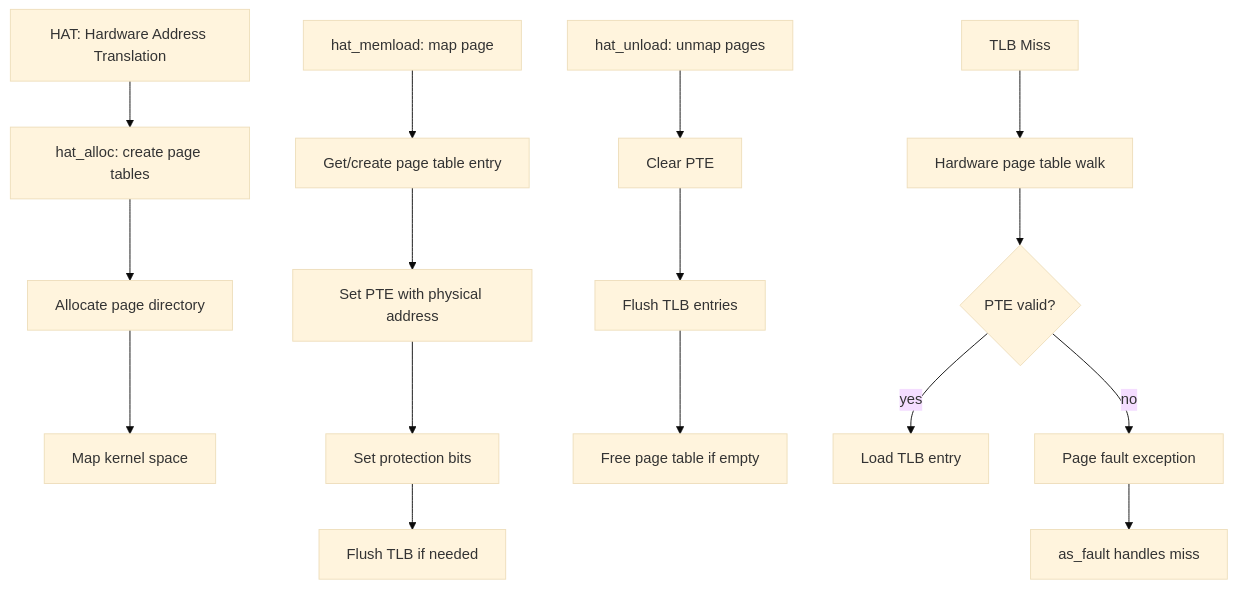
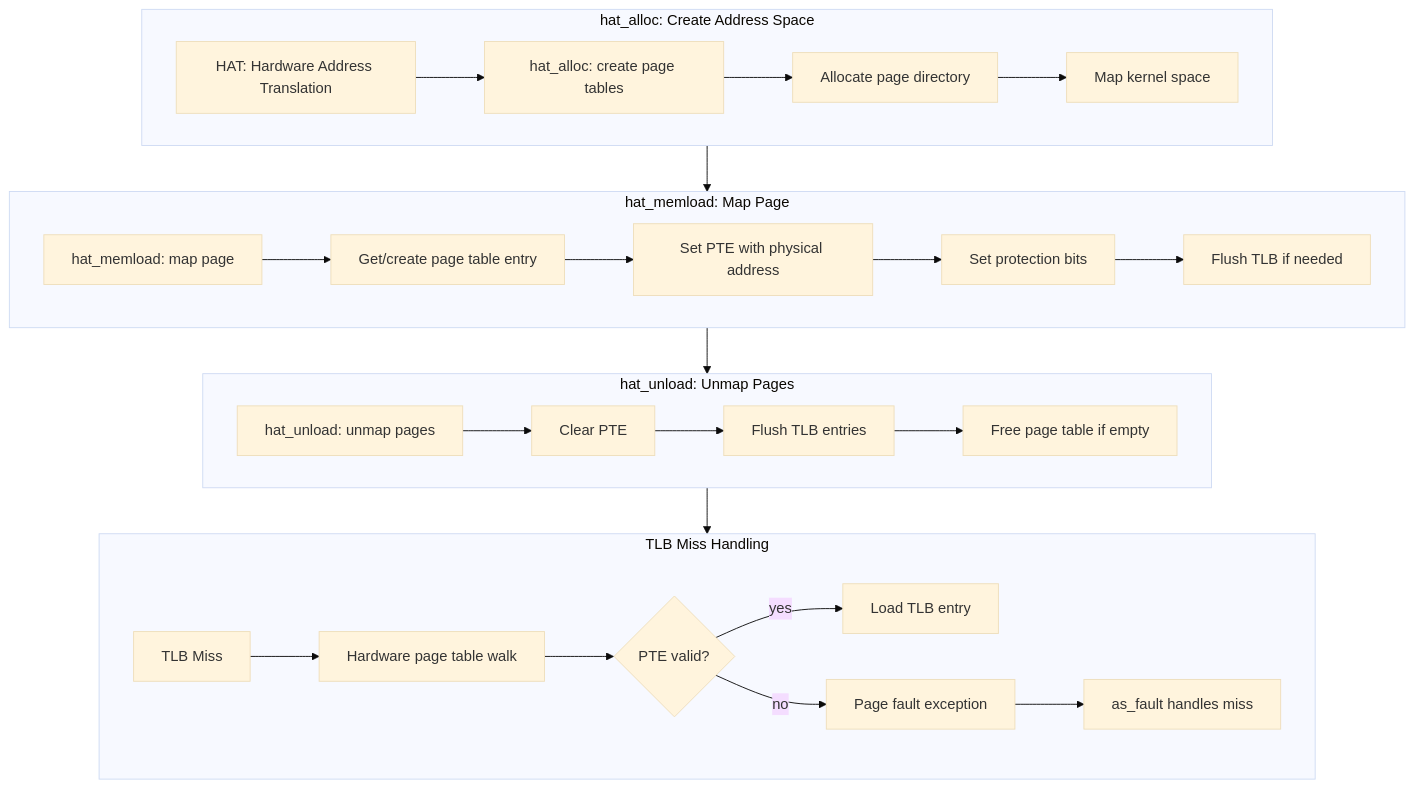
One commit to macsplit/unix_doc changed the diagram in diagrams/2.2-hat-layer.mmd. Above: the diagram before and after it, drawn with Mermaid (base theme). The commit also changed 59 other files, not shown here.

Commit message:
adjusted diagrams sizes and split some diagrams into multiple

```diff
--- a/diagrams/2.2-hat-layer.mmd
+++ b/diagrams/2.2-hat-layer.mmd
@@ -1,19 +1,29 @@
 graph TD
-    A[HAT: Hardware Address Translation] --> B[hat_alloc: create page tables]
-    B --> C[Allocate page directory]
-    C --> D[Map kernel space]
+    subgraph ALLOC["hat_alloc: Create Address Space"]
+        A[HAT: Hardware Address Translation] --> B[hat_alloc: create page tables]
+        B --> C[Allocate page directory]
+        C --> D[Map kernel space]
+    end
 
-    E[hat_memload: map page] --> F[Get/create page table entry]
-    F --> G[Set PTE with physical address]
-    G --> H[Set protection bits]
-    H --> I[Flush TLB if needed]
+    subgraph LOAD["hat_memload: Map Page"]
+        E[hat_memload: map page] --> F[Get/create page table entry]
+        F --> G[Set PTE with physical address]
+        G --> H[Set protection bits]
+        H --> I[Flush TLB if needed]
+    end
 
-    J[hat_unload: unmap pages] --> K[Clear PTE]
-    K --> L[Flush TLB entries]
-    L --> M[Free page table if empty]
+    subgraph UNLOAD["hat_unload: Unmap Pages"]
+        J[hat_unload: unmap pages] --> K[Clear PTE]
+        K --> L[Flush TLB entries]
+        L --> M[Free page table if empty]
+    end
 
-    N[TLB Miss] --> O[Hardware page table walk]
-    O --> P{PTE valid?}
-    P -->|yes| Q[Load TLB entry]
-    P -->|no| R[Page fault exception]
-    R --> S[as_fault handles miss]
+    subgraph TLB["TLB Miss Handling"]
+        N[TLB Miss] --> O[Hardware page table walk]
+        O --> P{PTE valid?}
+        P -->|yes| Q[Load TLB entry]
+        P -->|no| R[Page fault exception]
+        R --> S[as_fault handles miss]
+    end
+
+    ALLOC --> LOAD --> UNLOAD --> TLB
```
